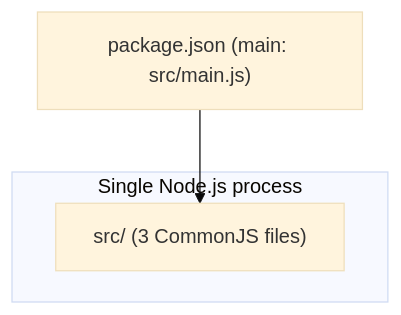
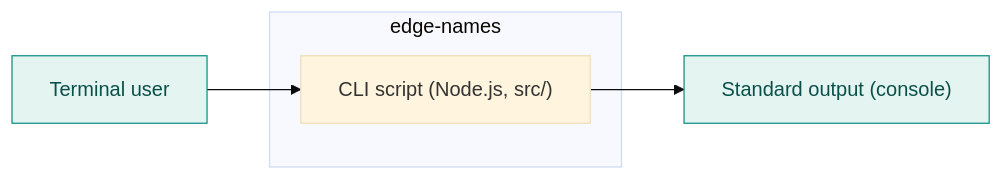
The second of 3 diagrams in examples/edge-names/docs/codemap/architecture.md (hxxnn/codemap), drawn with Mermaid (base theme) before and after one commit. The commit also changed other lines of this file and 35 other files, not shown here.

````diff
--- a/examples/edge-names/docs/codemap/architecture.md
+++ b/examples/edge-names/docs/codemap/architecture.md
@@ -27,8 +30,11 @@
 ```mermaid
-flowchart TD
-  subgraph proc["Single Node.js process"]
-    src["src/ (3 CommonJS files)"]
+flowchart LR
+  n1["Terminal user"]:::external
+  subgraph sys["edge-names"]
+    n2["CLI script (Node.js, src/)"]
   end
-  pkg["package.json (main: src/main.js)"]
-  pkg --> src
+  n3["Standard output (console)"]:::external
+  n1 --> n2
+  n2 --> n3
+  classDef external fill:#E3F4F1,stroke:#0E8F83,color:#0B4F49
 ```
````
